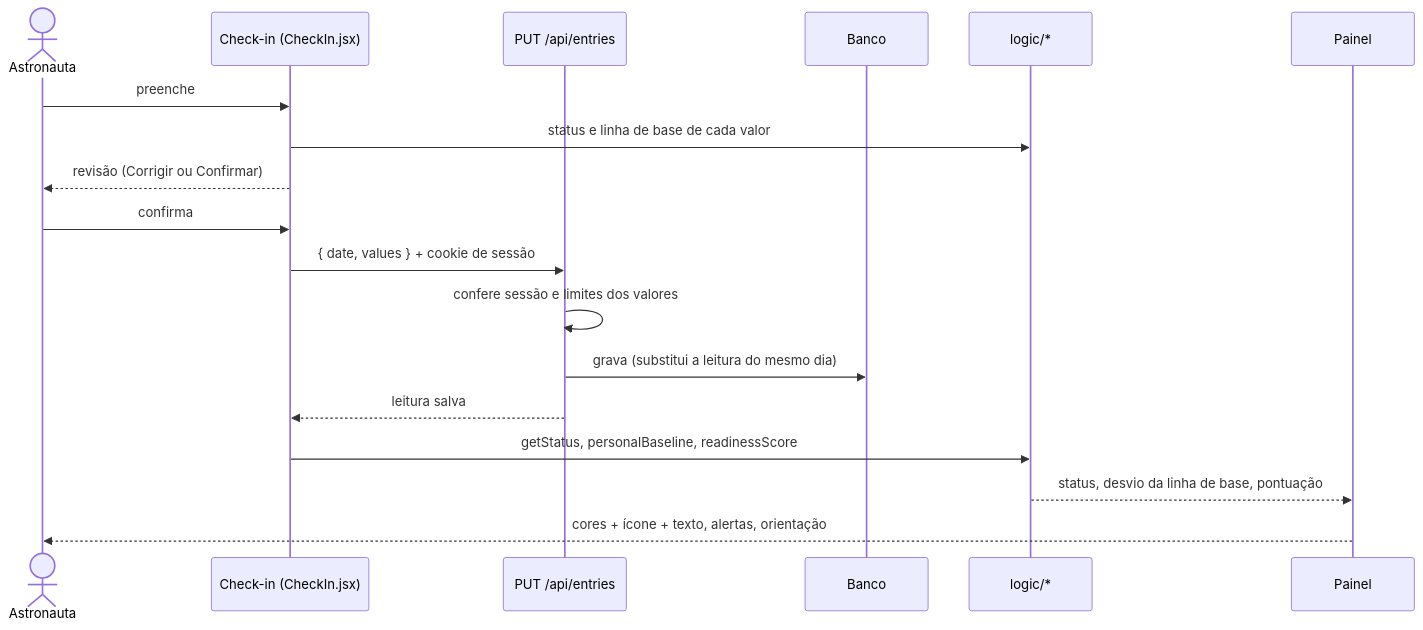
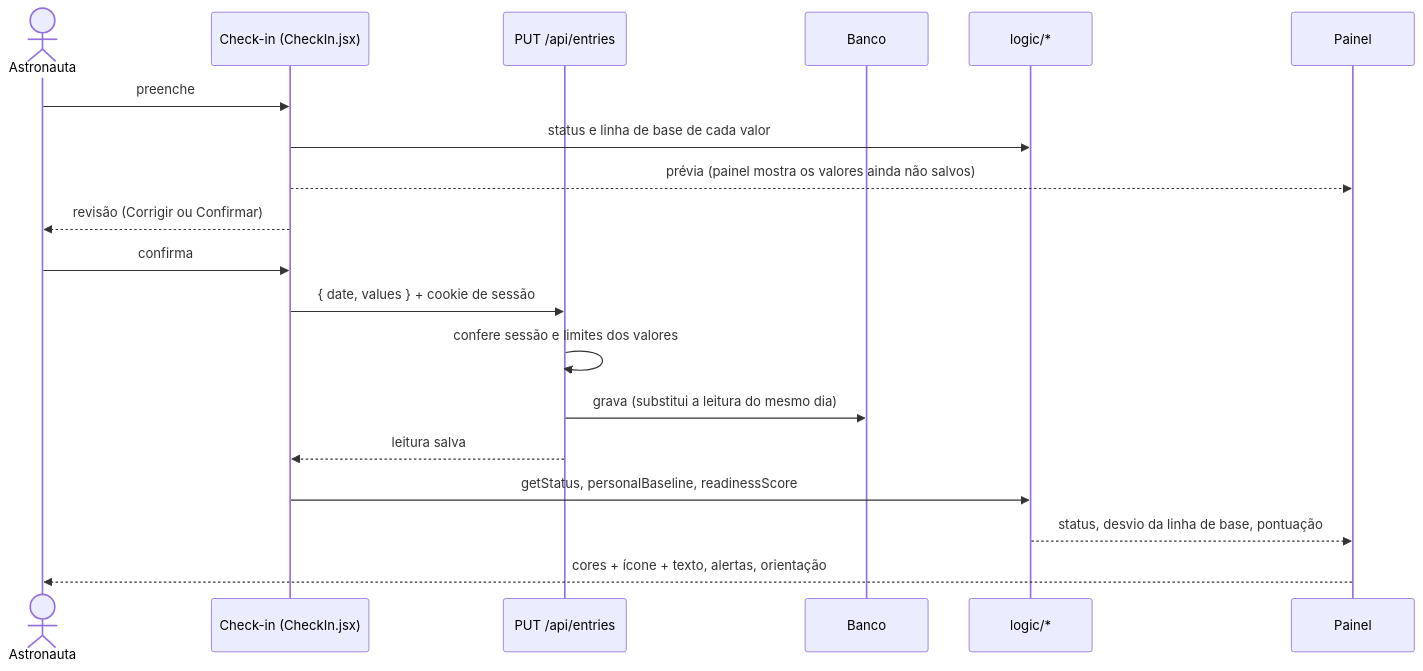
One commit to arthursouto09/Health-Monitoring-Software changed the second of 3 diagrams in docs/arquitetura.md. Above: the diagram before and after it, drawn with Mermaid. The commit also changed 2 other files, not shown here.

Commit message:
docs: descreve a prévia do painel durante a revisão do check-in

````diff
--- a/docs/arquitetura.md
+++ b/docs/arquitetura.md
@@ -74,21 +74,22 @@
 ```mermaid
 sequenceDiagram
     actor A as Astronauta
     participant C as Check-in (CheckIn.jsx)
     participant API as PUT /api/entries
     participant DB as Banco
     participant L as logic/*
     participant P as Painel
 
     A->>C: preenche
     C->>L: status e linha de base de cada valor
+    C-->>P: prévia (painel mostra os valores ainda não salvos)
     C-->>A: revisão (Corrigir ou Confirmar)
     A->>C: confirma
     C->>API: { date, values } + cookie de sessão
     API->>API: confere sessão e limites dos valores
     API->>DB: grava (substitui a leitura do mesmo dia)
     API-->>C: leitura salva
     C->>L: getStatus, personalBaseline, readinessScore
     L-->>P: status, desvio da linha de base, pontuação
     P-->>A: cores + ícone + texto, alertas, orientação
 ```
````
